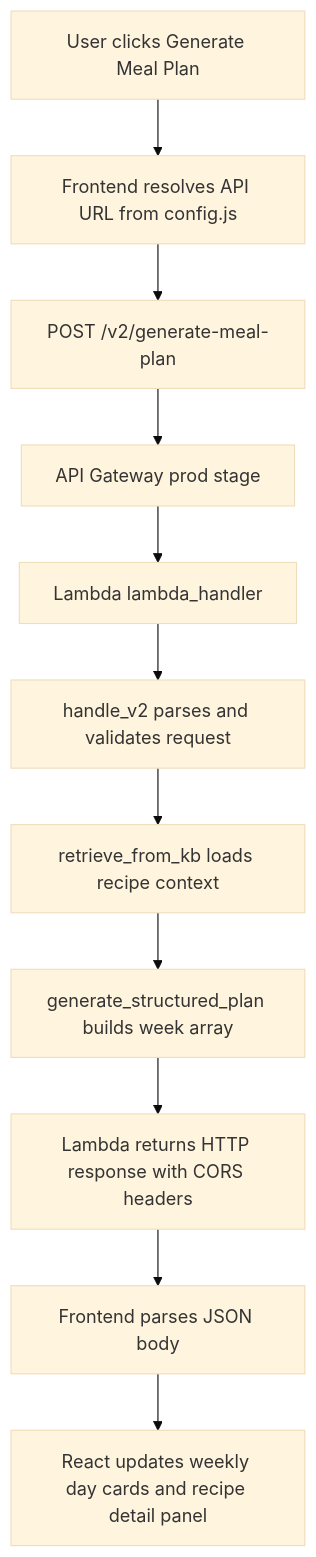
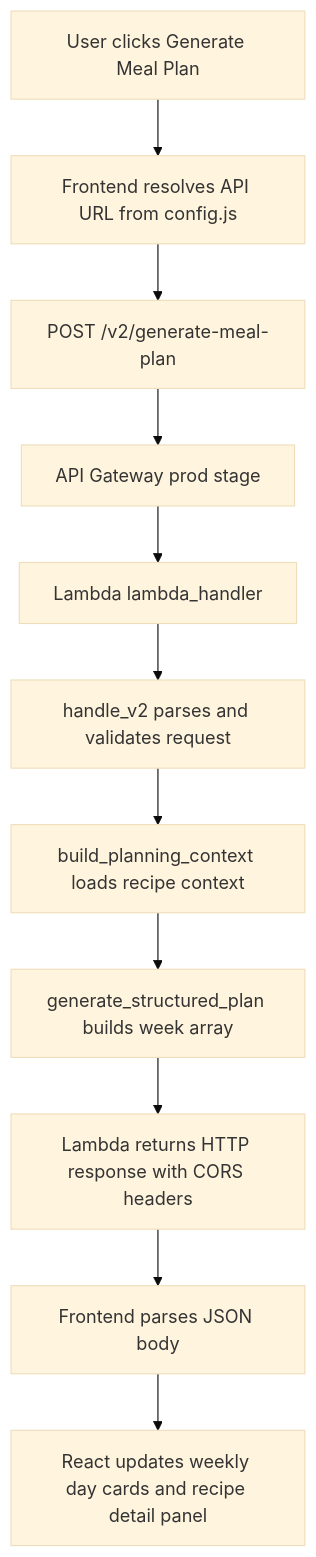
One commit to mbomma-git-code/pantry-buddy changed the first of 3 diagrams in docs/HIGH_LEVEL_DESIGN_v2.md. Above: the diagram before and after it, drawn with Mermaid (base theme). The commit also changed other lines of this file and 18 other files, not shown here.

First line of the commit message:
Move frontend under src with node tests; rename build_planning_context.

````diff
--- a/docs/HIGH_LEVEL_DESIGN_v2.md
+++ b/docs/HIGH_LEVEL_DESIGN_v2.md
@@ -242,13 +242,13 @@
 ```mermaid
 flowchart TD
     A[User clicks Generate Meal Plan] --> B[Frontend resolves API URL from config.js]
     B --> C[POST /v2/generate-meal-plan]
     C --> D[API Gateway prod stage]
     D --> E[Lambda lambda_handler]
     E --> F[handle_v2 parses and validates request]
-    F --> G[retrieve_from_kb loads recipe context]
+    F --> G[build_planning_context loads recipe context]
     G --> H[generate_structured_plan builds week array]
     H --> I[Lambda returns HTTP response with CORS headers]
     I --> J[Frontend parses JSON body]
     J --> K[React updates weekly day cards and recipe detail panel]
 ```
````
